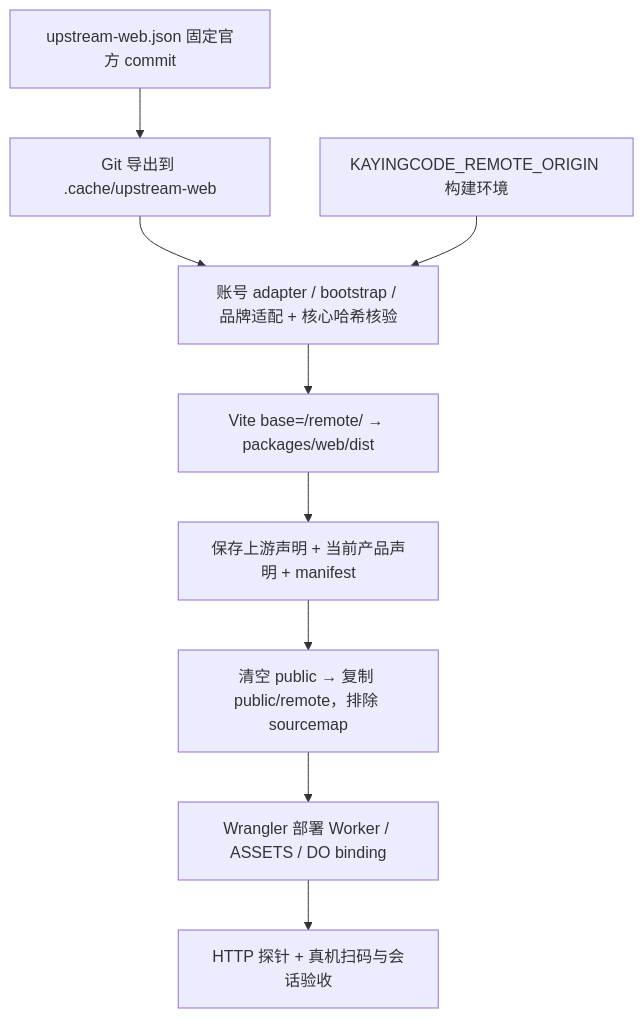
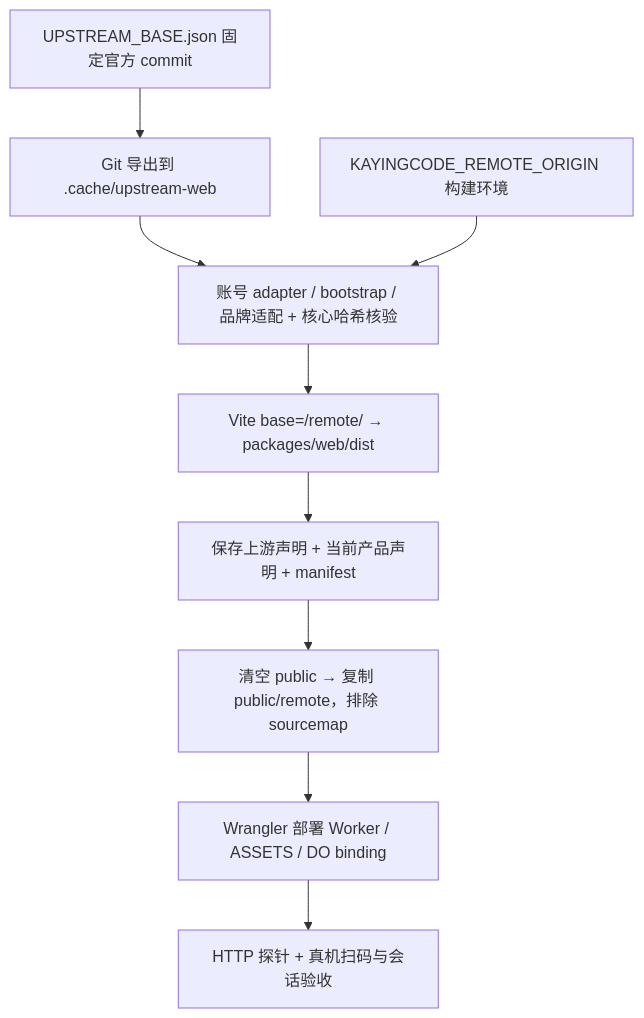
Before and after one commit to kaying-ai/KayingCode: the fifth of 5 diagrams in apps/kayingcode-relay-cloudflare/FLOWS.md, drawn with Mermaid. The commit also changed 18 other files, not shown here.

First line of the commit message:
refactor(web): derive upstream source from UPSTREAM_BASE.json

````diff
--- a/apps/kayingcode-relay-cloudflare/FLOWS.md
+++ b/apps/kayingcode-relay-cloudflare/FLOWS.md
@@ -101,11 +101,11 @@
 ```mermaid
 flowchart TD
-  P[upstream-web.json 固定官方 commit] --> G[Git 导出到 .cache/upstream-web]
+  P[UPSTREAM_BASE.json 固定官方 commit] --> G[Git 导出到 .cache/upstream-web]
   G --> B[账号 adapter / bootstrap / 品牌适配 + 核心哈希核验]
   E[KAYINGCODE_REMOTE_ORIGIN 构建环境] --> B
   B --> V[Vite base=/remote/ → packages/web/dist]
   V --> N[保存上游声明 + 当前产品声明 + manifest]
   N --> C[清空 public → 复制 public/remote，排除 sourcemap]
   C --> W[Wrangler 部署 Worker / ASSETS / DO binding]
   W --> A[HTTP 探针 + 真机扫码与会话验收]
 ```
````
